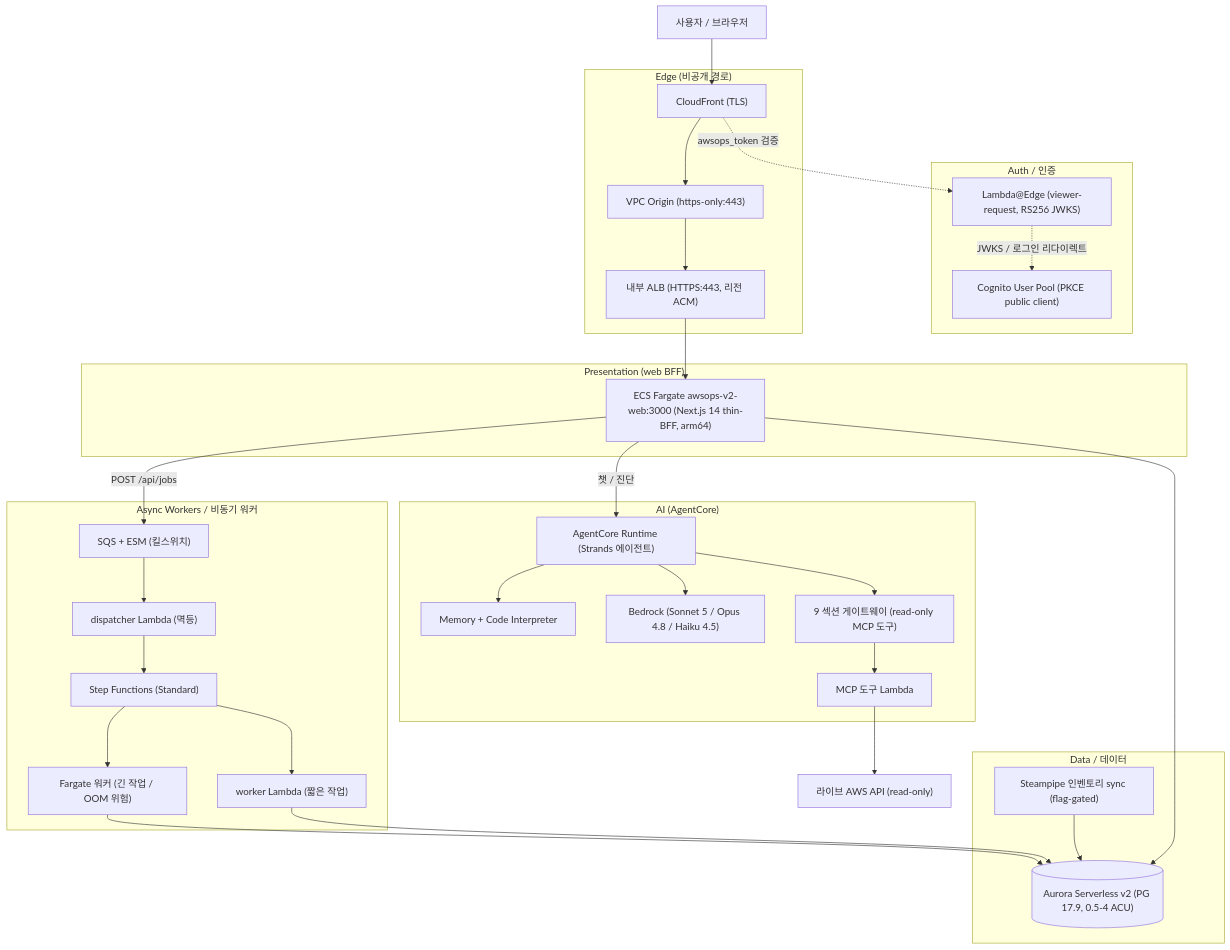
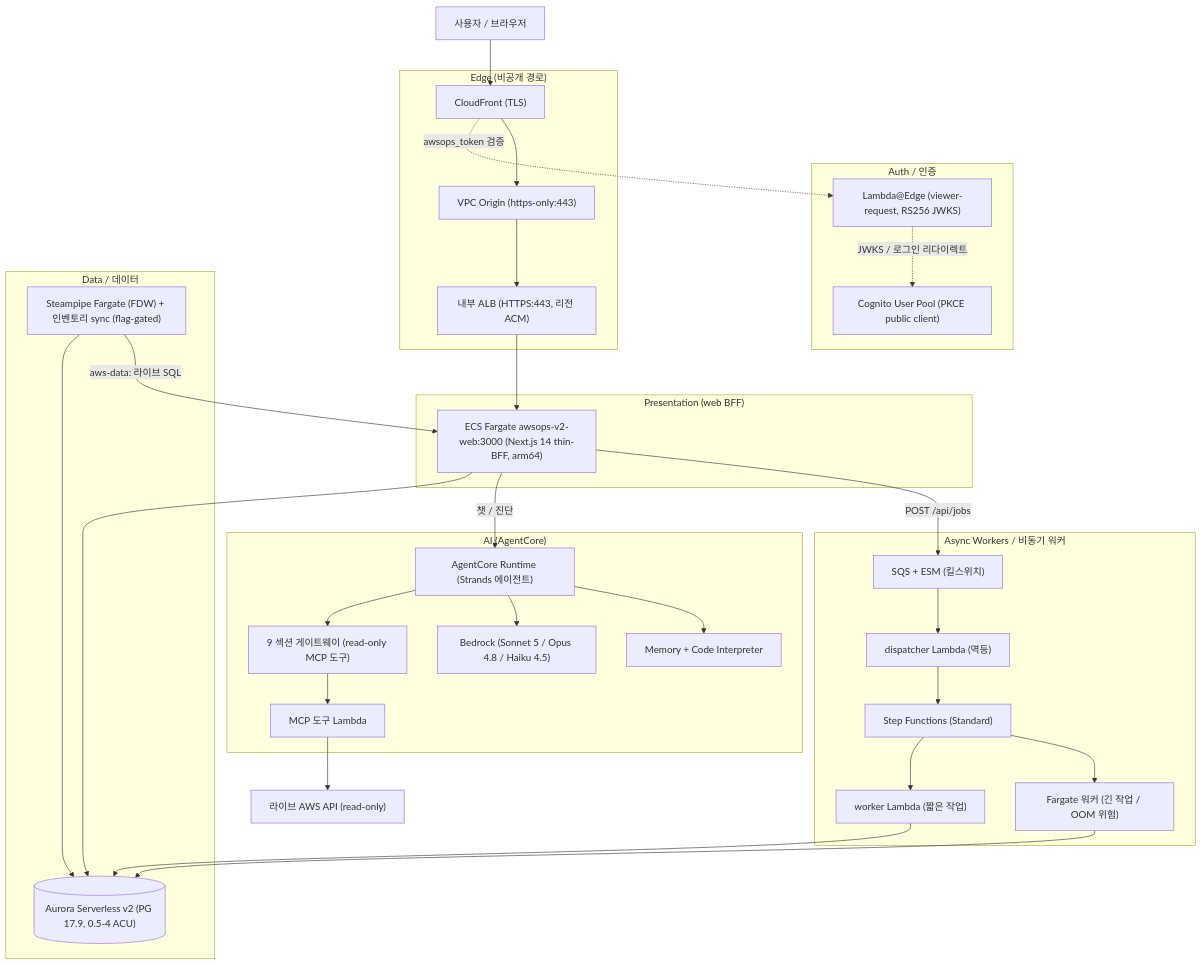
Before and after one commit to Atom-oh/awsops: the third of 4 diagrams in docs/architecture.md, drawn with Mermaid. The commit also changed other lines of this file and 9 other files, not shown here.

````diff
--- a/docs/architecture.md
+++ b/docs/architecture.md
@@ -195,64 +196,65 @@
 ```mermaid
 flowchart TB
   U["사용자 / 브라우저"]
 
   subgraph AUTH["Auth / 인증"]
     LE["Lambda@Edge (viewer-request, RS256 JWKS)"]
     COG["Cognito User Pool (PKCE public client)"]
   end
 
   subgraph EDGE["Edge (비공개 경로)"]
     CF["CloudFront (TLS)"]
     VO["VPC Origin (https-only:443)"]
     ALB["내부 ALB (HTTPS:443, 리전 ACM)"]
   end
 
   subgraph WEB["Presentation (web BFF)"]
     W["ECS Fargate awsops-v2-web:3000 (Next.js 14 thin-BFF, arm64)"]
   end
 
   subgraph DATA["Data / 데이터"]
     AUR[("Aurora Serverless v2 (PG 17.9, 0.5-4 ACU)")]
-    SP["Steampipe 인벤토리 sync (flag-gated)"]
+    SP["Steampipe Fargate (FDW) + 인벤토리 sync (flag-gated)"]
   end
 
   subgraph AI["AI (AgentCore)"]
     RT["AgentCore Runtime (Strands 에이전트)"]
     GW["9 섹션 게이트웨이 (read-only MCP 도구)"]
     MCP["MCP 도구 Lambda"]
     MEM["Memory + Code Interpreter"]
     BR["Bedrock (Sonnet 5 / Opus 4.8 / Haiku 4.5)"]
   end
 
   subgraph WK["Async Workers / 비동기 워커"]
     SQS["SQS + ESM (킬스위치)"]
     DSP["dispatcher Lambda (멱등)"]
     SFN["Step Functions (Standard)"]
     WL["worker Lambda (짧은 작업)"]
     WF["Fargate 워커 (긴 작업 / OOM 위험)"]
   end
 
   AWSAPI["라이브 AWS API (read-only)"]
 
   U --> CF
   CF -. "awsops_token 검증" .-> LE
   LE -. "JWKS / 로그인 리다이렉트" .-> COG
   CF --> VO
   VO --> ALB
   ALB --> W
   W --> AUR
   W -->|"챗 / 진단"| RT
   RT --> GW
   GW --> MCP
   MCP --> AWSAPI
   RT --> BR
   RT --> MEM
   W -->|"POST /api/jobs"| SQS
   SQS --> DSP
   DSP --> SFN
   SFN --> WL
   SFN --> WF
   WL --> AUR
   WF --> AUR
   SP --> AUR
+  SP -->|"aws-data: 라이브 SQL"| W
 ```
````
